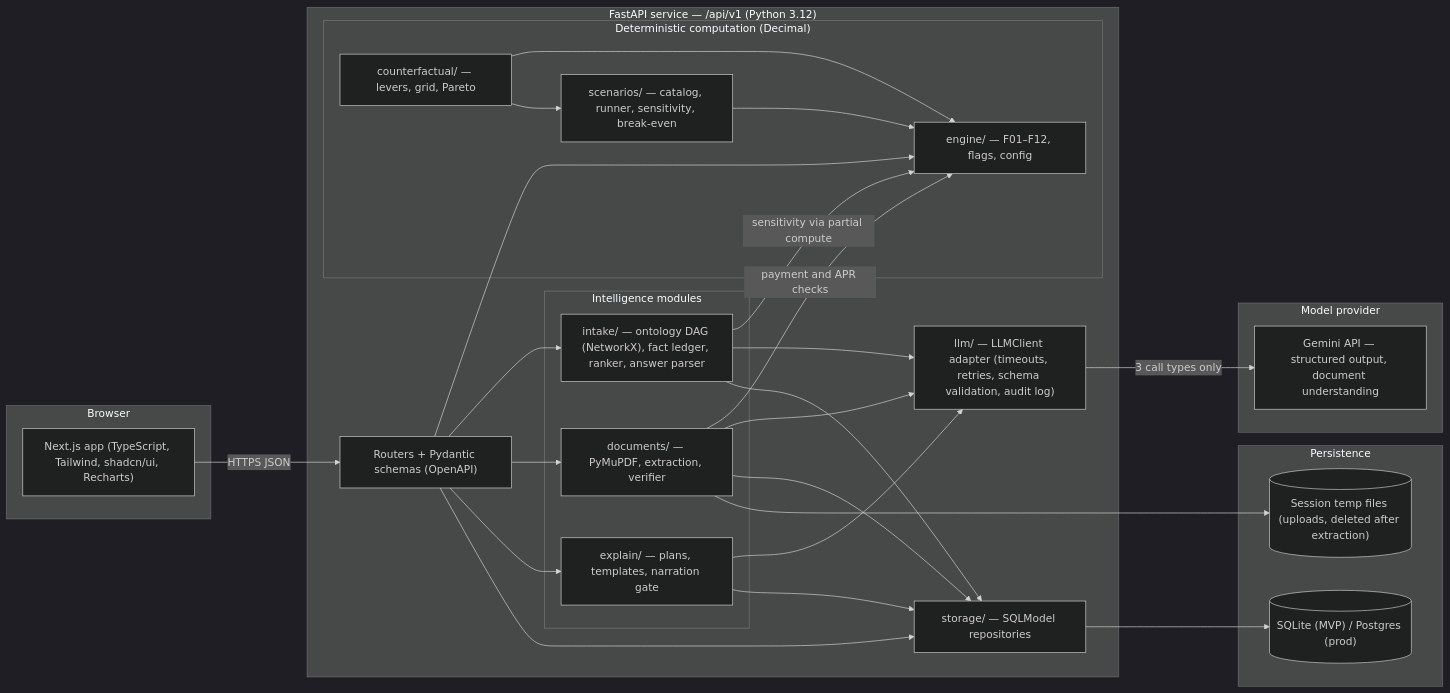
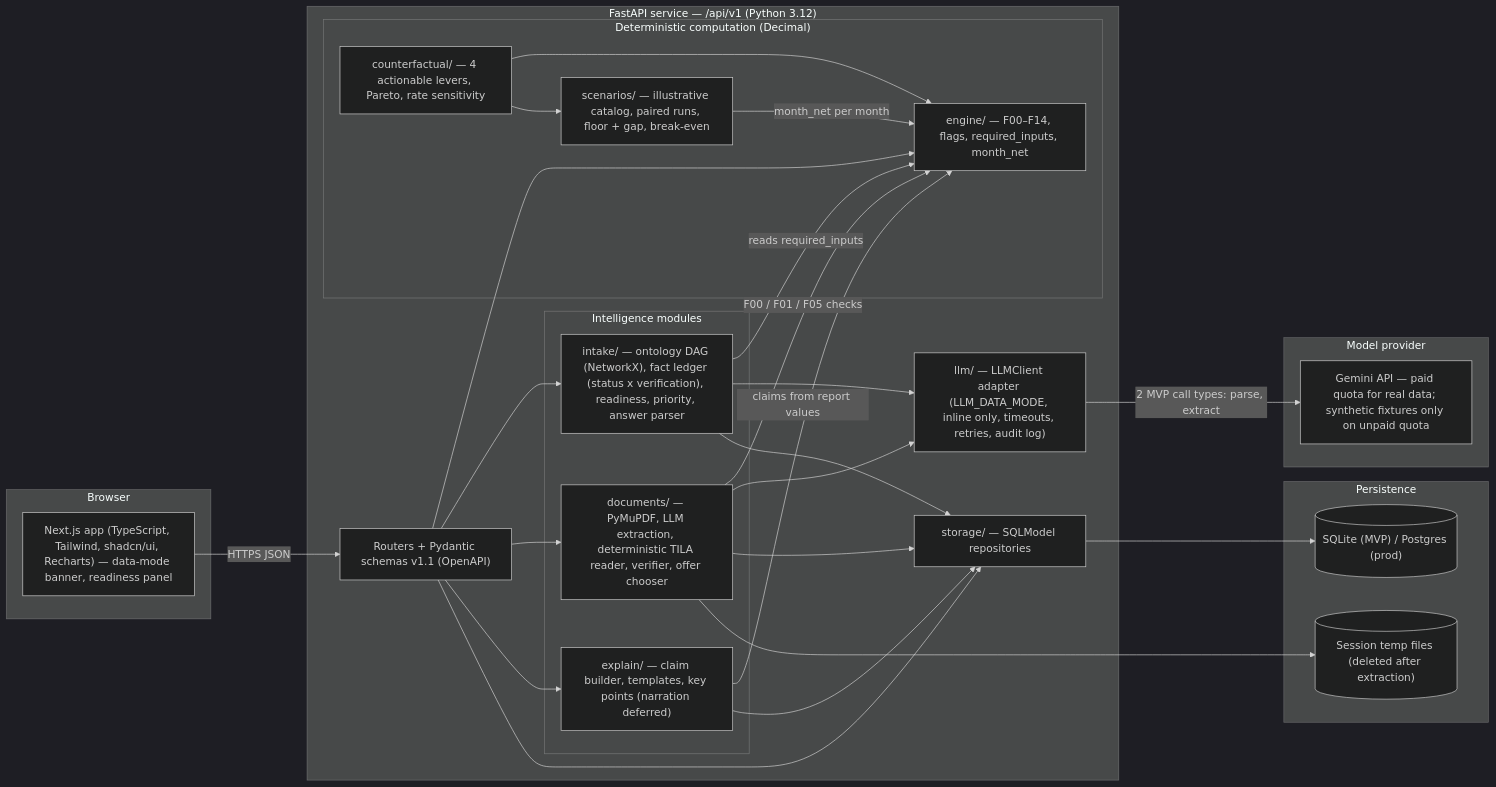
The diagram in architecture-research/diagrams/high_level_architecture.mmd (adipatel0821/CRISPR), drawn with Mermaid (dark theme) before and after one commit. The commit also changed 42 other files, not shown here.

First line of the commit message:
docs(architecture): complete six-stage DecisionTwin architecture audit

```diff
--- a/architecture-research/diagrams/high_level_architecture.mmd
+++ b/architecture-research/diagrams/high_level_architecture.mmd
@@ -1,51 +1,51 @@
-%% A. High-level system architecture — DecisionTwin (consistent with supervisor/system_architecture.md v1.0)
+%% A. High-level system architecture — DecisionTwin v1.1 (consistent with supervisor/system_architecture.md v1.1)
 flowchart LR
   subgraph Client["Browser"]
-    WEB["Next.js app (TypeScript, Tailwind, shadcn/ui, Recharts)"]
+    WEB["Next.js app (TypeScript, Tailwind, shadcn/ui, Recharts) — data-mode banner, readiness panel"]
   end
 
   subgraph Backend["FastAPI service — /api/v1 (Python 3.12)"]
-    API["Routers + Pydantic schemas (OpenAPI)"]
+    API["Routers + Pydantic schemas v1.1 (OpenAPI)"]
     subgraph Intelligence["Intelligence modules"]
-      INTAKE["intake/ — ontology DAG (NetworkX), fact ledger, ranker, answer parser"]
-      DOCS["documents/ — PyMuPDF, extraction, verifier"]
-      EXPLAIN["explain/ — plans, templates, narration gate"]
+      INTAKE["intake/ — ontology DAG (NetworkX), fact ledger (status x verification), readiness, priority, answer parser"]
+      DOCS["documents/ — PyMuPDF, LLM extraction, deterministic TILA reader, verifier, offer chooser"]
+      EXPLAIN["explain/ — claim builder, templates, key points (narration deferred)"]
     end
     subgraph Compute["Deterministic computation (Decimal)"]
-      ENGINE["engine/ — F01–F12, flags, config"]
-      SCEN["scenarios/ — catalog, runner, sensitivity, break-even"]
-      CF["counterfactual/ — levers, grid, Pareto"]
+      ENGINE["engine/ — F00–F14, flags, required_inputs, month_net"]
+      SCEN["scenarios/ — illustrative catalog, paired runs, floor + gap, break-even"]
+      CF["counterfactual/ — 4 actionable levers, Pareto, rate sensitivity"]
     end
-    LLM["llm/ — LLMClient adapter (timeouts, retries, schema validation, audit log)"]
+    LLM["llm/ — LLMClient adapter (LLM_DATA_MODE, inline only, timeouts, retries, audit log)"]
     STORE["storage/ — SQLModel repositories"]
   end
 
   subgraph Persistence["Persistence"]
     DB[("SQLite (MVP) / Postgres (prod)")]
-    TMP[("Session temp files (uploads, deleted after extraction)")]
+    TMP[("Session temp files (deleted after extraction)")]
   end
 
   subgraph Provider["Model provider"]
-    GEMINI["Gemini API — structured output, document understanding"]
+    GEMINI["Gemini API — paid quota for real data; synthetic fixtures only on unpaid quota"]
   end
 
   WEB -->|HTTPS JSON| API
   API --> INTAKE
   API --> DOCS
   API --> ENGINE
   API --> EXPLAIN
-  INTAKE -->|sensitivity via partial compute| ENGINE
-  DOCS -->|payment and APR checks| ENGINE
-  SCEN --> ENGINE
+  INTAKE -->|reads required_inputs| ENGINE
+  DOCS -->|F00 / F01 / F05 checks| ENGINE
+  SCEN -->|month_net per month| ENGINE
   CF --> ENGINE
   CF --> SCEN
+  EXPLAIN -->|claims from report values| ENGINE
   INTAKE --> LLM
   DOCS --> LLM
-  EXPLAIN --> LLM
-  LLM -->|3 call types only| GEMINI
+  LLM -->|2 MVP call types: parse, extract| GEMINI
   INTAKE --> STORE
   DOCS --> STORE
   EXPLAIN --> STORE
   API --> STORE
   STORE --> DB
   DOCS --> TMP
```
